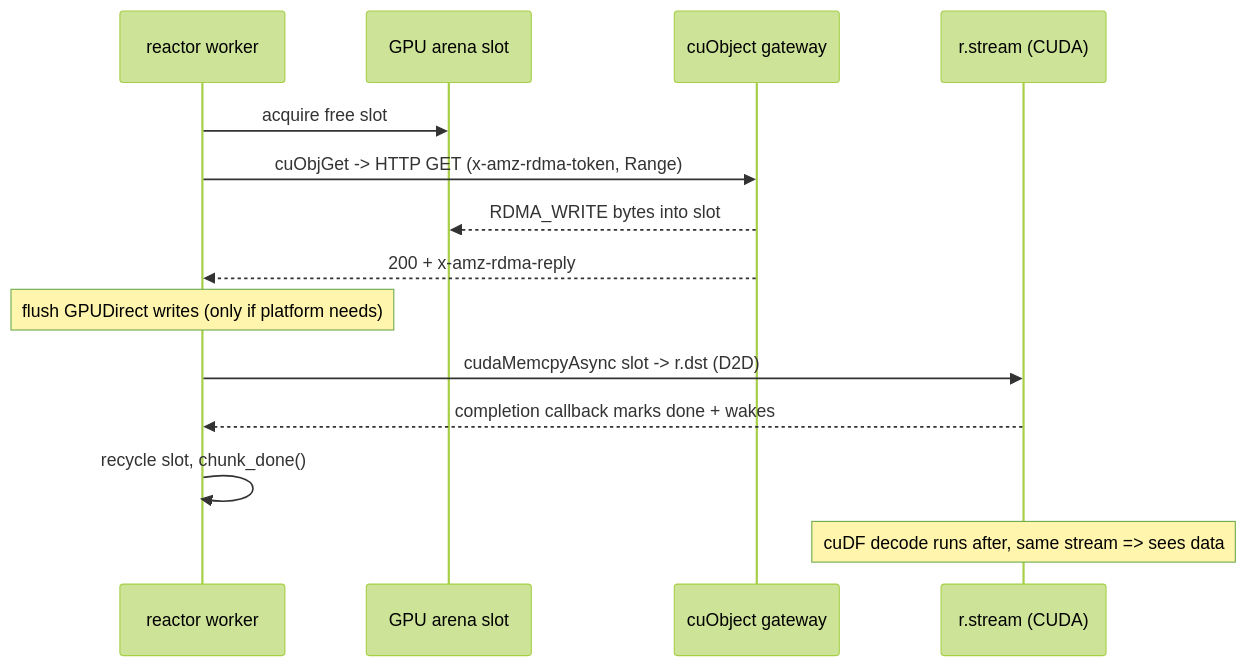
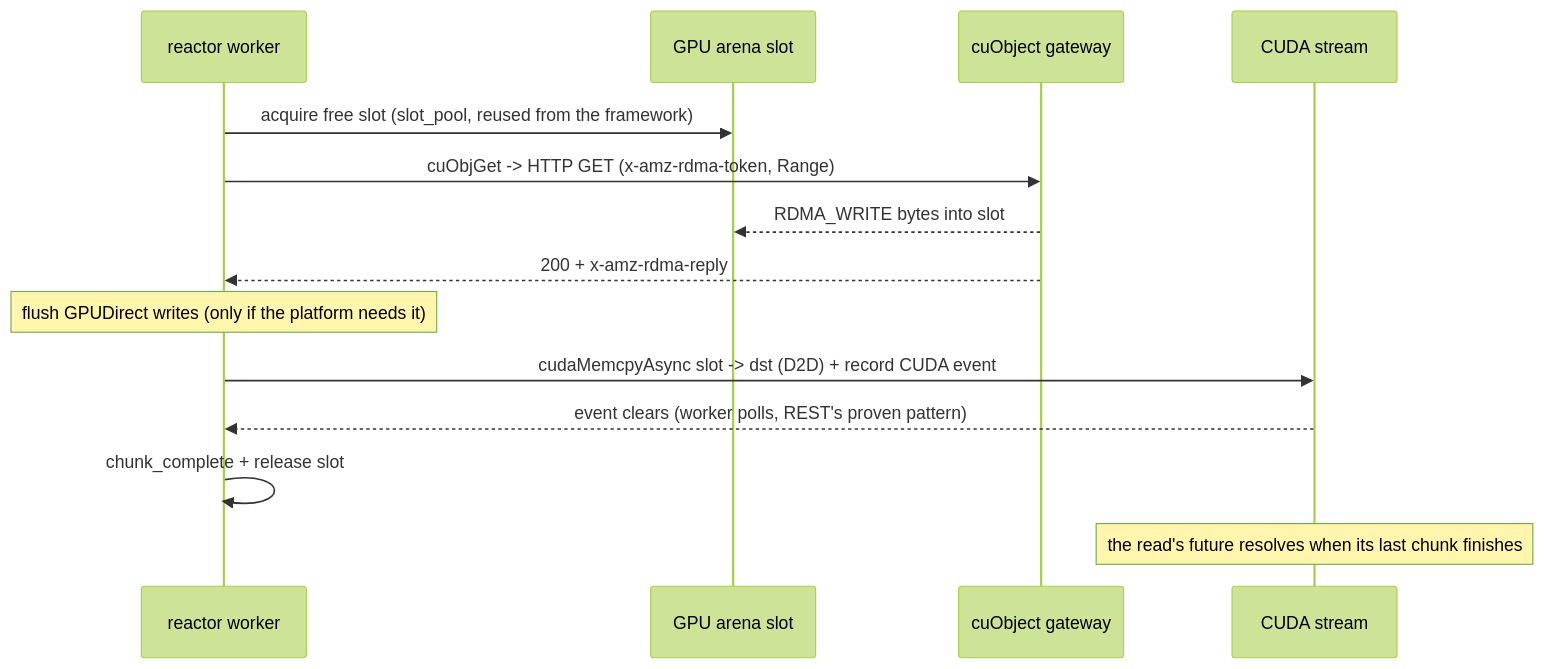
One commit to sirius-db/sirius changed the second of 3 diagrams in experimental/s3-rdma-transport-design.md. Above: the diagram before and after it, drawn with Mermaid (forest theme). The commit also changed other lines of this file and 1 other file, not shown here.

Commit message:
Rebase the S3-RDMA design onto the merged REST IO framework

````diff
--- a/experimental/s3-rdma-transport-design.md
+++ b/experimental/s3-rdma-transport-design.md
@@ -63,16 +71,16 @@
 ```mermaid
 sequenceDiagram
   participant W as reactor worker
   participant A as GPU arena slot
   participant G as cuObject gateway
-  participant S as r.stream (CUDA)
-  W->>A: acquire free slot
+  participant S as CUDA stream
+  W->>A: acquire free slot (slot_pool, reused from the framework)
   W->>G: cuObjGet -> HTTP GET (x-amz-rdma-token, Range)
   G-->>A: RDMA_WRITE bytes into slot
   G-->>W: 200 + x-amz-rdma-reply
-  Note over W: flush GPUDirect writes (only if platform needs)
-  W->>S: cudaMemcpyAsync slot -> r.dst (D2D)
-  S-->>W: completion callback marks done + wakes
-  W->>W: recycle slot, chunk_done()
-  Note over S: cuDF decode runs after, same stream => sees data
+  Note over W: flush GPUDirect writes (only if the platform needs it)
+  W->>S: cudaMemcpyAsync slot -> dst (D2D) + record CUDA event
+  S-->>W: event clears (worker polls, REST's proven pattern)
+  W->>W: chunk_complete + release slot
+  Note over S: the read's future resolves when its last chunk finishes
 ```
````
